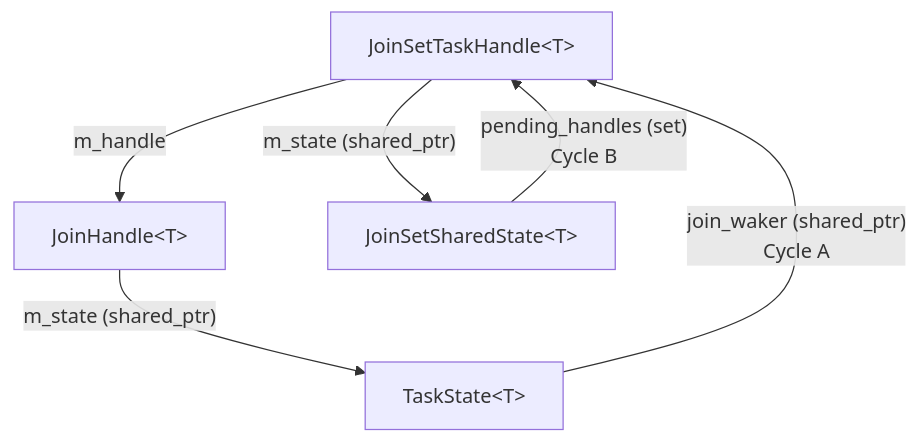
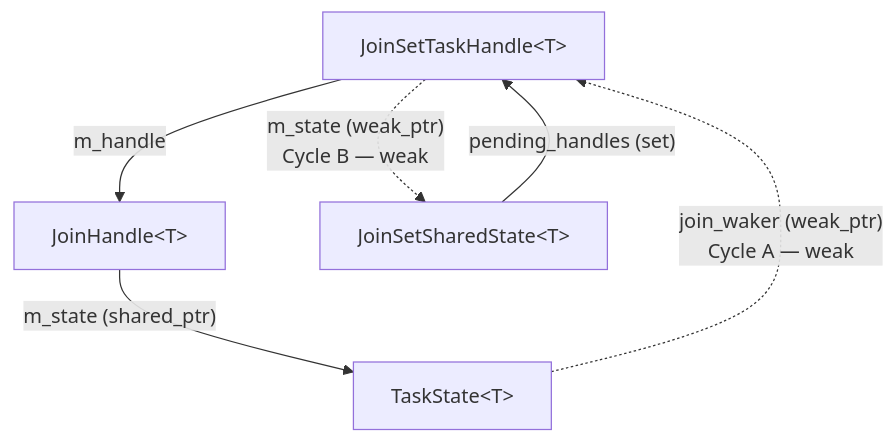
The second of 4 diagrams in doc/shared_ptr_cycles.md (bts164/coro), drawn with Mermaid before and after one commit. The commit also changed other lines of this file and 42 other files, not shown here.

Commit message:
Eliminated the TaskWaker and made the task itself the waker. Also added OwnedTask and use weak_ptrs to break the circular task references.

````diff
--- a/doc/shared_ptr_cycles.md
+++ b/doc/shared_ptr_cycles.md
@@ -134,13 +132,13 @@
 ```mermaid
 graph TD
     JSTH["JoinSetTaskHandle&lt;T&gt;"]
     JH["JoinHandle&lt;T&gt;"]
     TS["TaskState&lt;T&gt;"]
     JSSS["JoinSetSharedState&lt;T&gt;"]
 
     JSTH -->|"m_handle"| JH
     JH -->|"m_state (shared_ptr)"| TS
-    TS -->|"join_waker (shared_ptr)\nCycle A"| JSTH
-    JSTH -->|"m_state (shared_ptr)"| JSSS
-    JSSS -->|"pending_handles (set)\nCycle B"| JSTH
+    TS -. "join_waker (weak_ptr)\nCycle A — weak" .-> JSTH
+    JSTH -. "m_state (weak_ptr)\nCycle B — weak" .-> JSSS
+    JSSS -->|"pending_handles (set)"| JSTH
 ```
````
